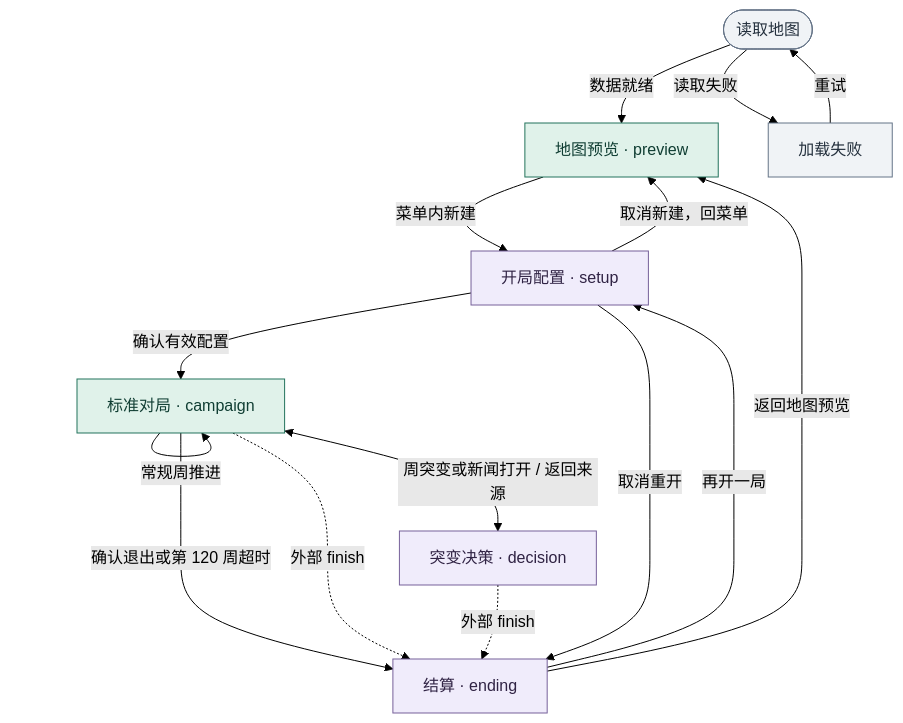
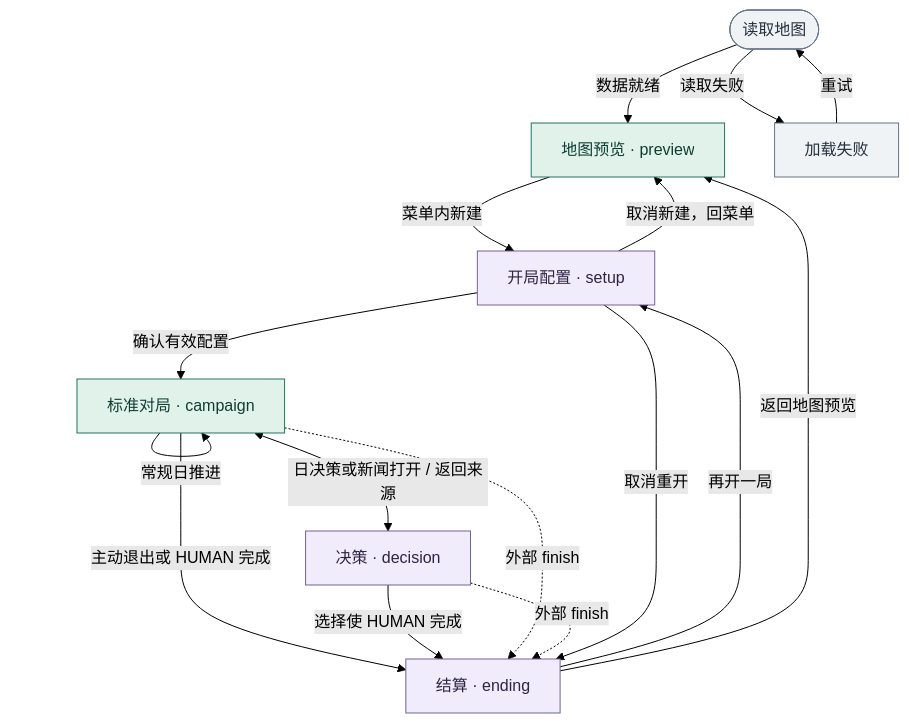
Before and after one commit to MixGeeker/si-inc: the first of 2 diagrams in docs/game-architecture.md, drawn with Mermaid (forest theme). The commit also changed other lines of this file and 61 other files, not shown here.

````diff
--- a/docs/game-architecture.md
+++ b/docs/game-architecture.md
@@ -64,25 +67,26 @@
 ```mermaid
 flowchart TD
     accTitle: Singularity Inc. 场景状态机
-    accDescr: 地图就绪后从预览菜单开局。周推进可以触发突变或第 120 周超时。玩家也能从新闻打开决策或确认退出。虚线是外部结局通知入口。
+    accDescr: 地图就绪后从预览菜单开局。每日推进可触发决策或 HUMAN 完成；正式选择也可立即触发终局。玩家可主动退出，对局没有固定到期日。
     Load(["读取地图"]) -->|数据就绪| Preview["地图预览 · preview"]
     Load -->|读取失败| Failed["加载失败"]
     Failed -->|重试| Load
     Preview -->|菜单内新建| Setup["开局配置 · setup"]
     Setup -->|取消新建，回菜单| Preview
     Setup -->|确认有效配置| Campaign["标准对局 · campaign"]
-    Campaign -->|常规周推进| Campaign
-    Campaign <-->|周突变或新闻打开 / 返回来源| Decision["突变决策 · decision"]
-    Campaign -->|确认退出或第 120 周超时| Ending["结算 · ending"]
+    Campaign -->|常规日推进| Campaign
+    Campaign <-->|日决策或新闻打开 / 返回来源| Decision["决策 · decision"]
+    Campaign -->|主动退出或 HUMAN 完成| Ending["结算 · ending"]
+    Decision -->|选择使 HUMAN 完成| Ending
     Campaign -. 外部 finish .-> Ending
     Decision -. 外部 finish .-> Ending
     Ending -->|再开一局| Setup
     Setup -->|取消重开| Ending
     Ending -->|返回地图预览| Preview
     classDef map fill:#e0f2ea,stroke:#23735c,color:#103e33
     classDef dialog fill:#f0ecfb,stroke:#76619a,color:#302344
     classDef load fill:#f0f3f6,stroke:#657487,color:#24303d
     class Preview,Campaign map
     class Setup,Decision,Ending dialog
     class Load,Failed load
 ```
````
